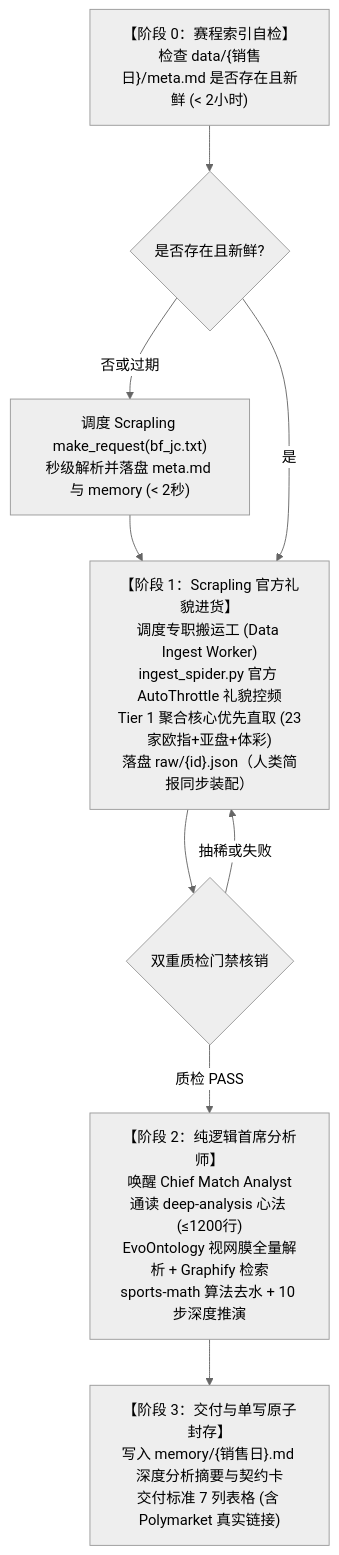
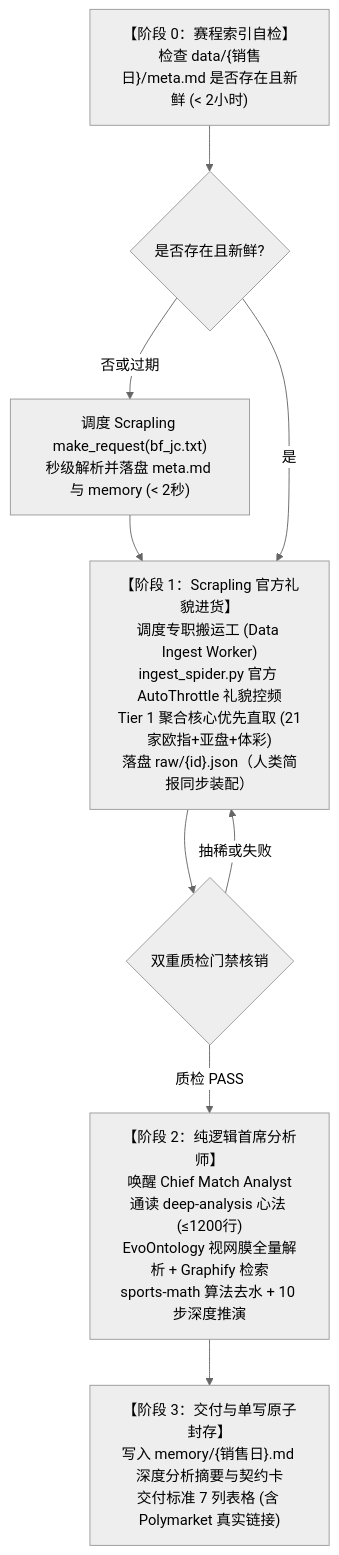
Before and after one commit to i0ivi0i/supodds: the first of 2 diagrams in AGENTS.md, drawn with Mermaid (neutral theme). The commit also changed other lines of this file and 7 other files, not shown here.

````diff
--- a/AGENTS.md
+++ b/AGENTS.md
@@ -130,18 +130,18 @@
 ```mermaid
 flowchart TD
     Z["【阶段 0：赛程索引自检】<br/>检查 data/{销售日}/meta.md 是否存在且新鲜 (< 2小时)"]
     Z_NO{"是否存在且新鲜?"}
     Z_GET["调度 Scrapling make_request(bf_jc.txt)<br/>秒级解析并落盘 meta.md 与 memory (< 2秒)"]
-    P1["【阶段 1：Scrapling 官方礼貌进货】<br/>调度专职搬运工 (Data Ingest Worker)<br/>ingest_spider.py 官方 AutoThrottle 礼貌控频<br/>Tier 1 聚合核心优先直取 (23家欧指+亚盘+体彩)<br/>落盘 raw/{id}.json（人类简报同步装配）"]
+    P1["【阶段 1：Scrapling 官方礼貌进货】<br/>调度专职搬运工 (Data Ingest Worker)<br/>ingest_spider.py 官方 AutoThrottle 礼貌控频<br/>Tier 1 聚合核心优先直取 (21家欧指+亚盘+体彩)<br/>落盘 raw/{id}.json（人类简报同步装配）"]
     P1_GATE{"双重质检门禁核销"}
     P2["【阶段 2：纯逻辑首席分析师】<br/>唤醒 Chief Match Analyst<br/>通读 deep-analysis 心法 (≤1200行)<br/>EvoOntology 视网膜全量解析 + Graphify 检索<br/>sports-math 算法去水 + 10 步深度推演"]
     OUT["【阶段 3：交付与单写原子封存】<br/>写入 memory/{销售日}.md 深度分析摘要与契约卡<br/>交付标准 7 列表格 (含 Polymarket 真实链接)"]
 
     Z --> Z_NO
     Z_NO -- 否或过期 --> Z_GET --> P1
     Z_NO -- 是 --> P1
     P1 --> P1_GATE
     P1_GATE -- 质检 PASS --> P2
     P1_GATE -- 抽稀或失败 --> P1
     P2 --> OUT
 ```
````
